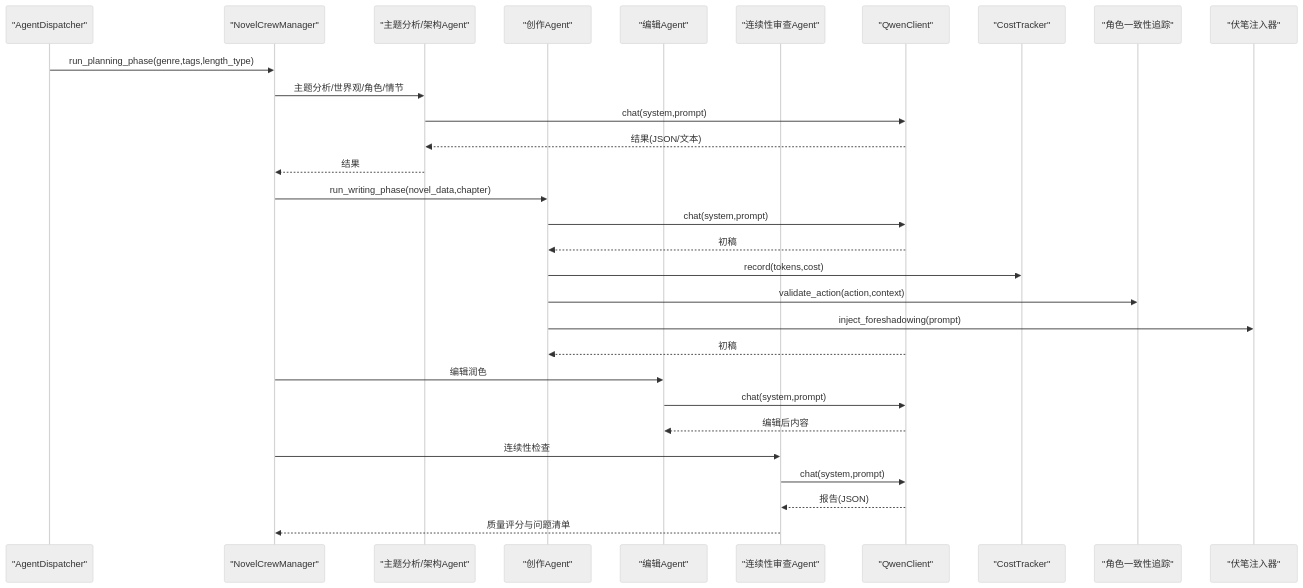
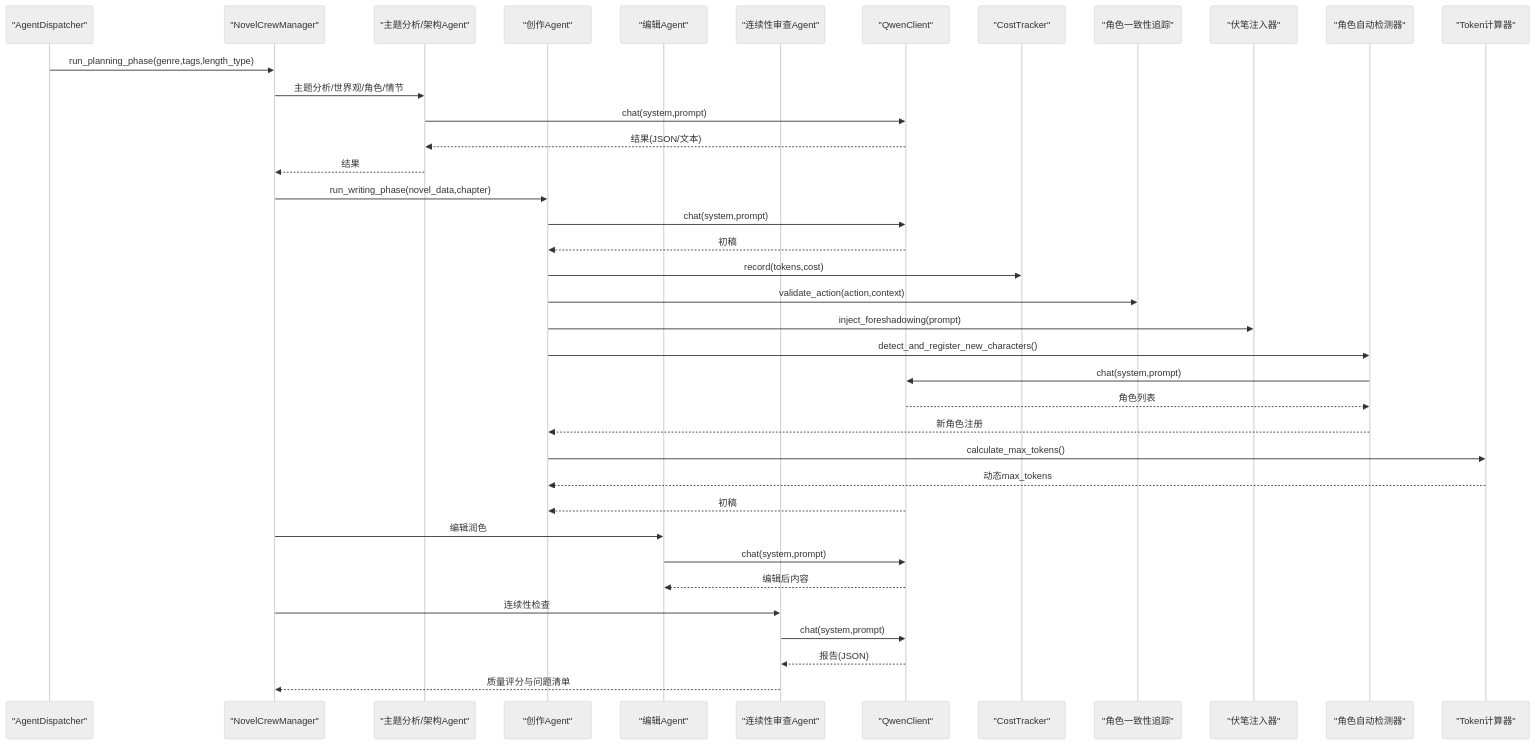
The fifth of 18 diagrams in .qoder/repowiki/zh/content/项目概述/项目概述.md (xfbyxq/ai-novel-system), drawn with Mermaid (neutral theme) before and after one commit. The commit also changed other lines of this file and 1 other file, not shown here.

````diff
--- a/.qoder/repowiki/zh/content/项目概述/项目概述.md
+++ b/.qoder/repowiki/zh/content/项目概述/项目概述.md
@@ -340,32 +365,40 @@
 ```mermaid
 sequenceDiagram
 participant Dispatcher as "AgentDispatcher"
 participant Crew as "NovelCrewManager"
 participant Planner as "主题分析/架构Agent"
 participant Writer as "创作Agent"
 participant Editor as "编辑Agent"
 participant Checker as "连续性审查Agent"
 participant LLM as "QwenClient"
 participant Cost as "CostTracker"
 participant Consistency as "角色一致性追踪"
 participant Foreshadowing as "伏笔注入器"
+participant CharDetector as "角色自动检测器"
+participant TokenCalc as "Token计算器"
 Dispatcher->>Crew : run_planning_phase(genre,tags,length_type)
 Crew->>Planner : 主题分析/世界观/角色/情节
 Planner->>LLM : chat(system,prompt)
 LLM-->>Planner : 结果(JSON/文本)
 Planner-->>Crew : 结果
 Crew->>Writer : run_writing_phase(novel_data,chapter)
 Writer->>LLM : chat(system,prompt)
 LLM-->>Writer : 初稿
 Writer->>Cost : record(tokens,cost)
 Writer->>Consistency : validate_action(action,context)
 Writer->>Foreshadowing : inject_foreshadowing(prompt)
+Writer->>CharDetector : detect_and_register_new_characters()
+CharDetector->>LLM : chat(system,prompt)
+LLM-->>CharDetector : 角色列表
+CharDetector-->>Writer : 新角色注册
+Writer->>TokenCalc : calculate_max_tokens()
+TokenCalc-->>Writer : 动态max_tokens
 LLM-->>Writer : 初稿
 Crew->>Editor : 编辑润色
 Editor->>LLM : chat(system,prompt)
 LLM-->>Editor : 编辑后内容
 Crew->>Checker : 连续性检查
 Checker->>LLM : chat(system,prompt)
 LLM-->>Checker : 报告(JSON)
 Checker-->>Crew : 质量评分与问题清单
 ```
````
